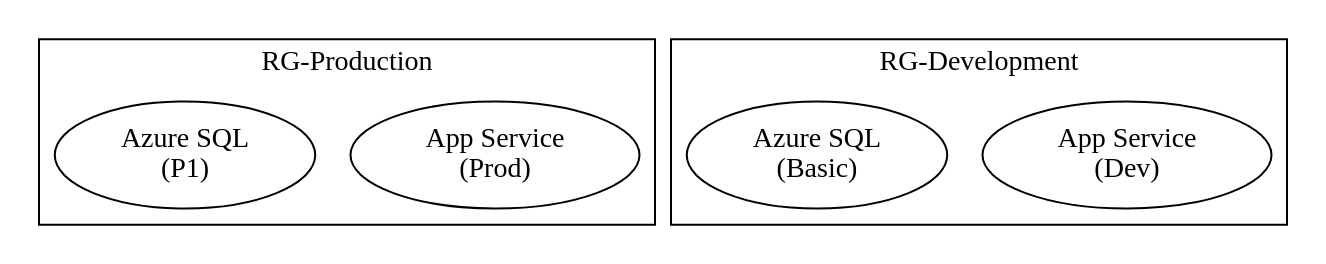
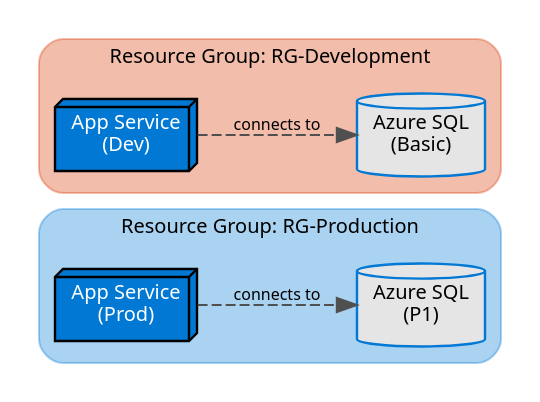
Before and after one commit to andikatjacobdennis/graphviz-tutorial: the second of 7 diagrams in 3-advanced-techniques/subgraphs.md, drawn with Graphviz. The commit also changed other lines of this file and 6 other files, not shown here.

````diff
--- a/3-advanced-techniques/subgraphs.md
+++ b/3-advanced-techniques/subgraphs.md
@@ -32,15 +66,36 @@
 ```dot
 digraph ResourceGroups {
+    rankdir=LR;
+
+    // Global styles
+    graph [fontname="Segoe UI", fontsize=10];
+    node  [fontname="Segoe UI", fontsize=10, penwidth=1.2];
+    edge  [fontname="Segoe UI", fontsize=8, color="#505050", penwidth=1.0];
+
+    // Production Resource Group
     subgraph cluster_rg_prod {
-        label="RG-Production";
-        AppService [label="App Service\n(Prod)"];
-        SQL [label="Azure SQL\n(P1)"];
+        label="Resource Group: RG-Production";
+        style="rounded,filled";
+        bgcolor="#F3F2F1";
+        color="#0078D455";
+
+        AppService [label="App Service\n(Prod)", shape=box3d, style=filled, fillcolor="#0078D4", fontcolor="white"];
+        SQL [label="Azure SQL\n(P1)", shape=cylinder, style=filled, fillcolor="#E5E5E5", color="#0078D4"];
     }
-    
+
+    // Development Resource Group
     subgraph cluster_rg_dev {
-        label="RG-Development"; 
-        DevApp [label="App Service\n(Dev)"];
-        DevSQL [label="Azure SQL\n(Basic)"];
+        label="Resource Group: RG-Development";
+        style="rounded,filled";
+        bgcolor="#FFF4CE";
+        color="#D83B0155";
+
+        DevApp [label="App Service\n(Dev)", shape=box3d, style=filled, fillcolor="#0078D4", fontcolor="white"];
+        DevSQL [label="Azure SQL\n(Basic)", shape=cylinder, style=filled, fillcolor="#E5E5E5", color="#0078D4"];
     }
+
+    // Optional: logical association
+    AppService -> SQL [style=dashed, label="connects to"];
+    DevApp -> DevSQL [style=dashed, label="connects to"];
 }
 ```
````
